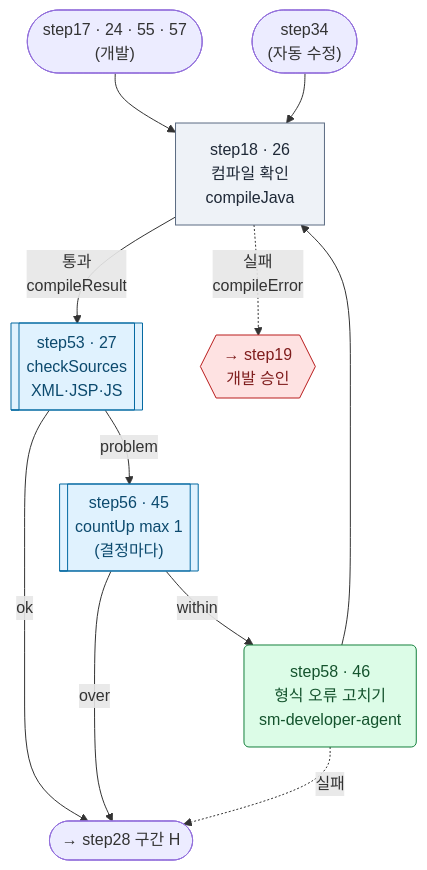
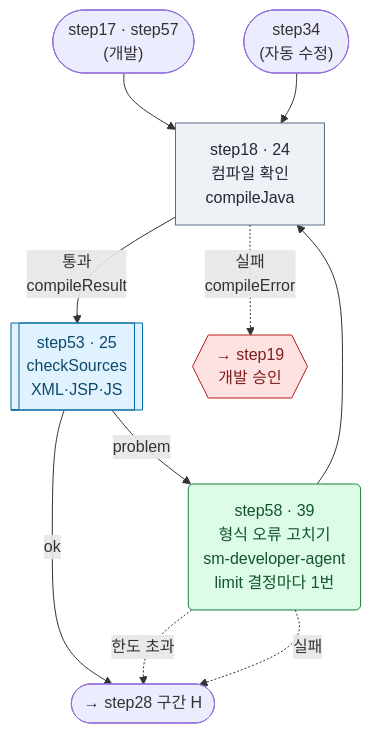
One commit to YongSoekChoeng/dstone changed diagram 13 of 24 in docs/09.dstone-ai-engine-sm-workflow.md. Above: the diagram before and after it, drawn with Mermaid. The commit also changed other lines of this file and 26 other files, not shown here.

First line of the commit message:
ai-engine: step 한도(limit)와 시작 시각 설정, sm-workflow 2.11.0 노드 줄이기(58 → 48)

````diff
--- a/docs/09.dstone-ai-engine-sm-workflow.md
+++ b/docs/09.dstone-ai-engine-sm-workflow.md
@@ -1015,19 +978,18 @@
 ```mermaid
 flowchart TD
-    FROM1(["step17 · 24 · 55 · 57<br/>(개발)"]) --> step18
+    FROM1(["step17 · step57<br/>(개발)"]) --> step18
     FROM3(["step34<br/>(자동 수정)"]) --> step18
-    step18["step18 · 26<br/>컴파일 확인<br/>compileJava"]:::tool
-    step18 -->|"통과<br/>compileResult"| step53[["step53 · 27<br/>checkSources<br/>XML·JSP·JS"]]:::route
+    step18["step18 · 24<br/>컴파일 확인<br/>compileJava"]:::tool
+    step18 -->|"통과<br/>compileResult"| step53[["step53 · 25<br/>checkSources<br/>XML·JSP·JS"]]:::route
     step18 -.->|"실패<br/>compileError"| step19{{"→ step19<br/>개발 승인"}}:::appr
     step53 -->|ok| step28(["→ step28 구간 H"])
-    step53 -->|problem| step56[["step56 · 45<br/>countUp max 1<br/>(결정마다)"]]:::route
-    step56 -->|within| step58("step58 · 46<br/>형식 오류 고치기<br/>sm-developer-agent"):::agent
-    step56 -->|over| step28
+    step53 -->|problem| step58("step58 · 39<br/>형식 오류 고치기<br/>sm-developer-agent<br/>limit 결정마다 1번"):::agent
+    step58 -.->|한도 초과| step28
     step58 --> step18
     step58 -.->|실패| step28
 
     classDef tool fill:#eef2f7,stroke:#5b6b82,color:#1f2937
     classDef route fill:#e0f2fe,stroke:#0369a1,color:#0c4a6e
     classDef agent fill:#dcfce7,stroke:#15803d,color:#14532d
     classDef appr fill:#fee2e2,stroke:#b91c1c,color:#7f1d1d
 ```
````
